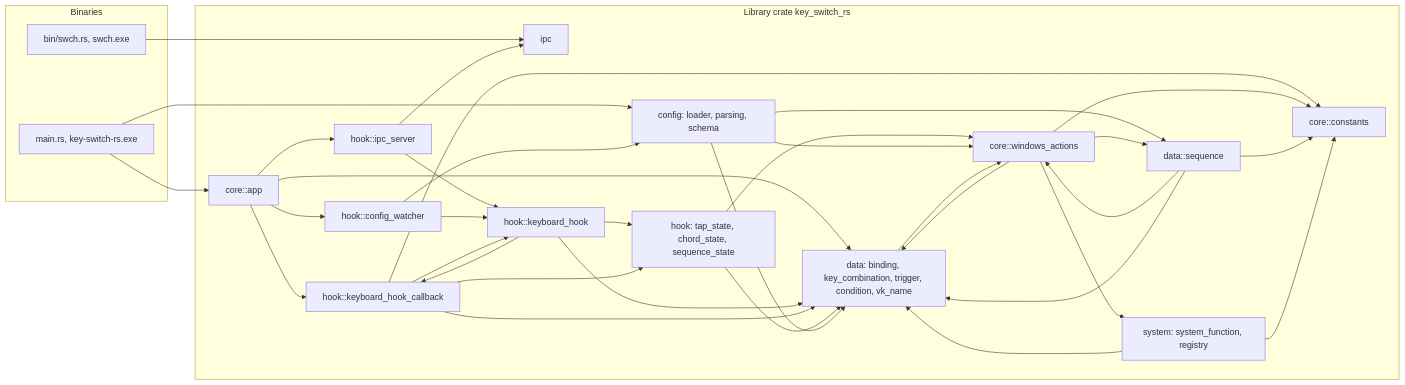
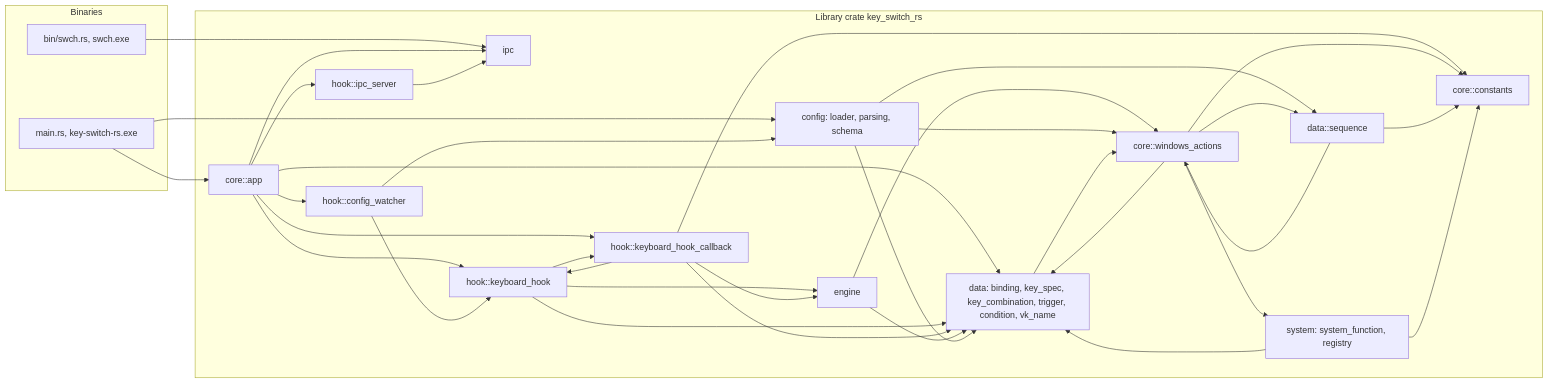
Before and after one commit to bluesteelll/key-switch-rs: the first of 7 diagrams in book/src/architecture.md, drawn with Mermaid. The commit also changed other lines of this file and 19 other files, not shown here.

First line of the commit message:
Book: describe master after roadmap Phase 0 (1dfd80a)

````diff
--- a/book/src/architecture.md
+++ b/book/src/architecture.md
@@ -32,55 +33,55 @@
 ```mermaid
 flowchart LR
     subgraph BINS["Binaries"]
         MAINRS["main.rs, key-switch-rs.exe"]
         SWCH["bin/swch.rs, swch.exe"]
     end
     subgraph LIB["Library crate key_switch_rs"]
         APP["core::app"]
         ACT["core::windows_actions"]
         CONST["core::constants"]
         CFG["config: loader, parsing, schema"]
         IPCP["ipc"]
         IPCS["hook::ipc_server"]
         WATCH["hook::config_watcher"]
         KH["hook::keyboard_hook"]
         CB["hook::keyboard_hook_callback"]
-        GEST["hook: tap_state, chord_state, sequence_state"]
-        DATA["data: binding, key_combination, trigger, condition, vk_name"]
+        ENG["engine"]
+        DATA["data: binding, key_spec, key_combination, trigger, condition, vk_name"]
         SEQ["data::sequence"]
         SYS["system: system_function, registry"]
     end
     MAINRS --> CFG
     MAINRS --> APP
     SWCH --> IPCP
+    APP --> KH
     APP --> CB
     APP --> IPCS
     APP --> WATCH
+    APP --> IPCP
     APP --> DATA
     IPCS --> IPCP
-    IPCS --> KH
     WATCH --> CFG
     WATCH --> KH
+    KH --> ENG
     KH --> CB
-    KH --> GEST
     KH --> DATA
     CB --> KH
-    CB --> GEST
+    CB --> ENG
+    CB --> CONST
     CB --> DATA
-    CB --> CONST
-    GEST --> ACT
-    GEST --> DATA
+    ENG --> DATA
+    ENG --> ACT
     CFG --> DATA
     CFG --> ACT
     CFG --> SEQ
     DATA --> ACT
     ACT --> DATA
     ACT --> SEQ
     SEQ --> ACT
-    SEQ --> DATA
     ACT --> SYS
     ACT --> CONST
     SEQ --> CONST
     SYS --> CONST
     SYS --> DATA
 ```
````
